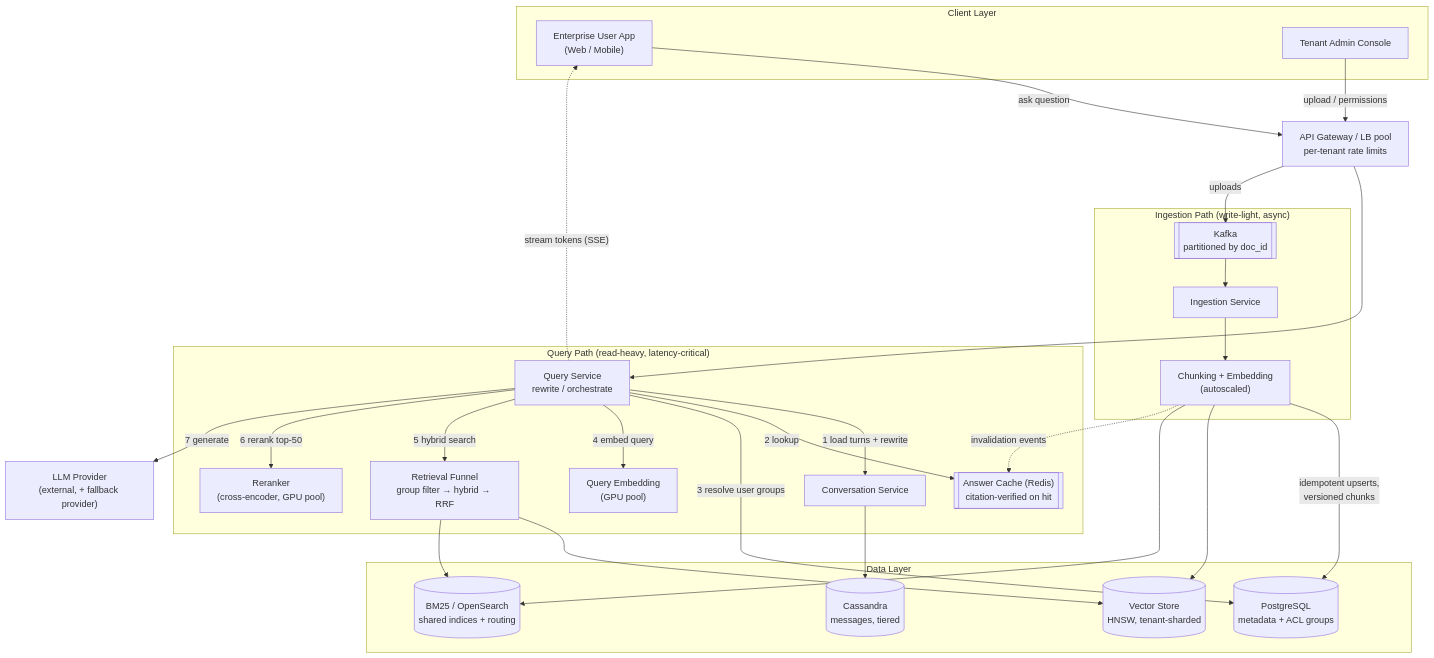
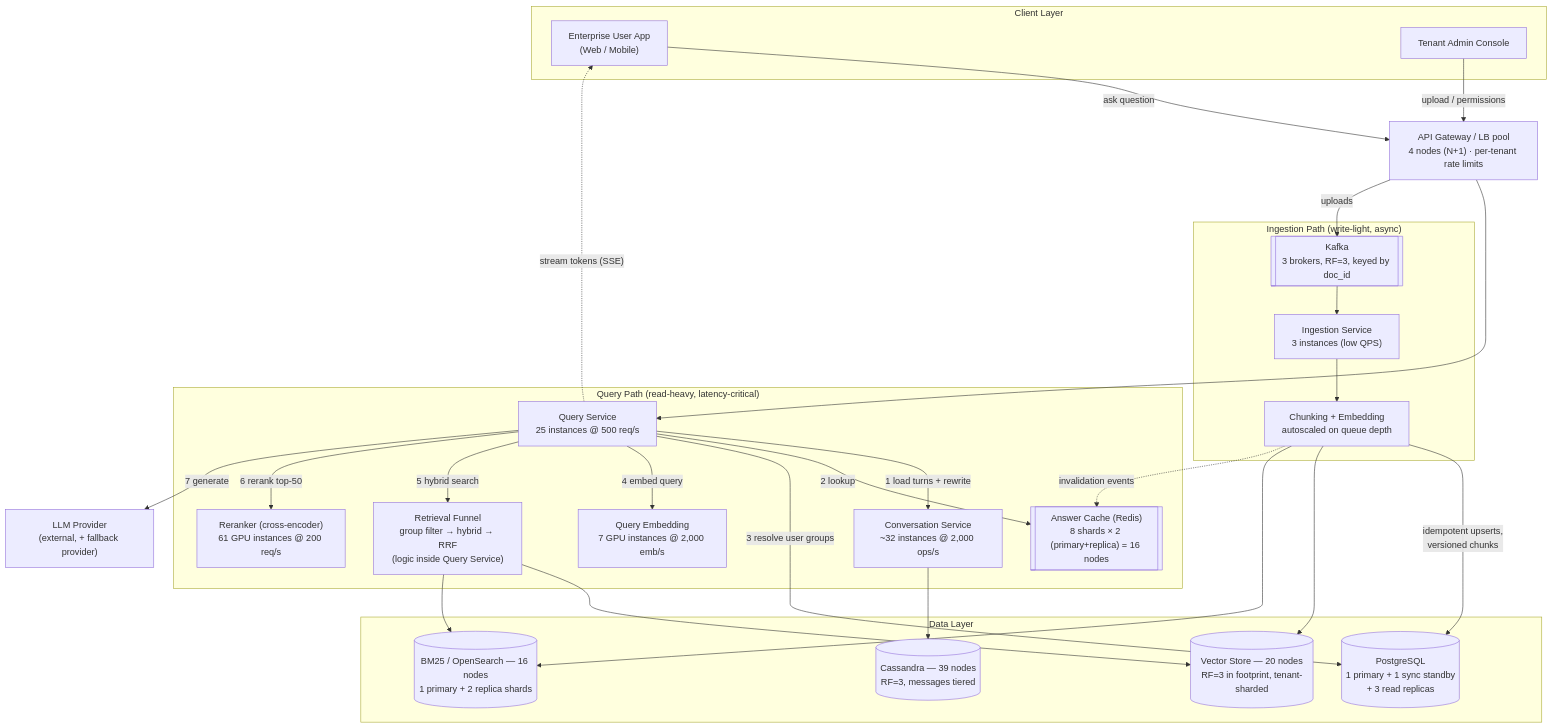
Before and after one commit to Zeeshan-Hamid/System-Design: the second of 5 diagrams in system-design-fab.md, drawn with Mermaid. The commit also changed other lines of this file, not shown here.

````diff
--- a/system-design-fab.md
+++ b/system-design-fab.md
@@ -226,52 +228,52 @@
 ```mermaid
 flowchart TD
     subgraph ClientLayer["Client Layer"]
         UserApp["Enterprise User App<br/>(Web / Mobile)"]
         AdminApp["Tenant Admin Console"]
     end
 
-    Gateway["API Gateway / LB pool<br/>per-tenant rate limits"]
+    Gateway["API Gateway / LB pool<br/>4 nodes (N+1) · per-tenant rate limits"]
 
     subgraph QueryPath["Query Path (read-heavy, latency-critical)"]
-        QuerySvc["Query Service<br/>rewrite / orchestrate"]
-        AnsCache[["Answer Cache (Redis)<br/>citation-verified on hit"]]
-        EmbedSvc["Query Embedding<br/>(GPU pool)"]
-        RetrievalSvc["Retrieval Funnel<br/>group filter → hybrid → RRF"]
-        Rerank["Reranker<br/>(cross-encoder, GPU pool)"]
-        ConvSvc["Conversation Service"]
+        QuerySvc["Query Service<br/>25 instances @ 500 req/s"]
+        AnsCache[["Answer Cache (Redis)<br/>8 shards × 2 (primary+replica) = 16 nodes"]]
+        EmbedSvc["Query Embedding<br/>7 GPU instances @ 2,000 emb/s"]
+        RetrievalSvc["Retrieval Funnel<br/>group filter → hybrid → RRF<br/>(logic inside Query Service)"]
+        Rerank["Reranker (cross-encoder)<br/>61 GPU instances @ 200 req/s"]
+        ConvSvc["Conversation Service<br/>~32 instances @ 2,000 ops/s"]
     end
 
     subgraph IngestPath["Ingestion Path (write-light, async)"]
-        Queue[["Kafka<br/>partitioned by doc_id"]]
-        IngestSvc["Ingestion Service"]
-        ChunkSvc["Chunking + Embedding<br/>(autoscaled)"]
+        Queue[["Kafka<br/>3 brokers, RF=3, keyed by doc_id"]]
+        IngestSvc["Ingestion Service<br/>3 instances (low QPS)"]
+        ChunkSvc["Chunking + Embedding<br/>autoscaled on queue depth"]
     end
 
     subgraph DataLayer["Data Layer"]
-        PG[("PostgreSQL<br/>metadata + ACL groups")]
-        VecDB[("Vector Store<br/>HNSW, tenant-sharded")]
-        BM25[("BM25 / OpenSearch<br/>shared indices + routing")]
-        Cass[("Cassandra<br/>messages, tiered")]
+        PG[("PostgreSQL<br/>1 primary + 1 sync standby<br/>+ 3 read replicas")]
+        VecDB[("Vector Store — 20 nodes<br/>RF=3 in footprint, tenant-sharded")]
+        BM25[("BM25 / OpenSearch — 16 nodes<br/>1 primary + 2 replica shards")]
+        Cass[("Cassandra — 39 nodes<br/>RF=3, messages tiered")]
     end
 
     LLM["LLM Provider<br/>(external, + fallback provider)"]
 
     UserApp -->|"ask question"| Gateway --> QuerySvc
     AdminApp -->|"upload / permissions"| Gateway
     Gateway -->|"uploads"| Queue --> IngestSvc --> ChunkSvc
     ChunkSvc -->|"idempotent upserts,<br/>versioned chunks"| PG
     ChunkSvc --> VecDB
     ChunkSvc --> BM25
     ChunkSvc -.->|"invalidation events"| AnsCache
 
     QuerySvc -->|"1 load turns + rewrite"| ConvSvc --> Cass
     QuerySvc -->|"2 lookup"| AnsCache
     QuerySvc -->|"3 resolve user groups"| PG
     QuerySvc -->|"4 embed query"| EmbedSvc
     QuerySvc -->|"5 hybrid search"| RetrievalSvc
     RetrievalSvc --> VecDB
     RetrievalSvc --> BM25
     QuerySvc -->|"6 rerank top-50"| Rerank
     QuerySvc -->|"7 generate"| LLM
     QuerySvc -.->|"stream tokens (SSE)"| UserApp
 ```
````
